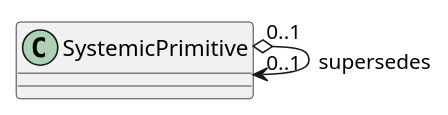
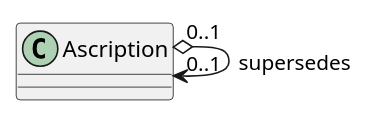
The second of 2 diagrams in README.md (poesis-cloud/sis-blackboard-manager), drawn with PlantUML before and after one commit. The commit also changed other lines of this file and 4 other files, not shown here.

````diff
--- a/README.md
+++ b/README.md
@@ -378,3 +393,3 @@
 ```plantuml
-SystemicPrimitive "0..1" o--> "0..1" SystemicPrimitive : supersedes
+Ascription "0..1" o--> "0..1" Ascription : supersedes
 ```
````
